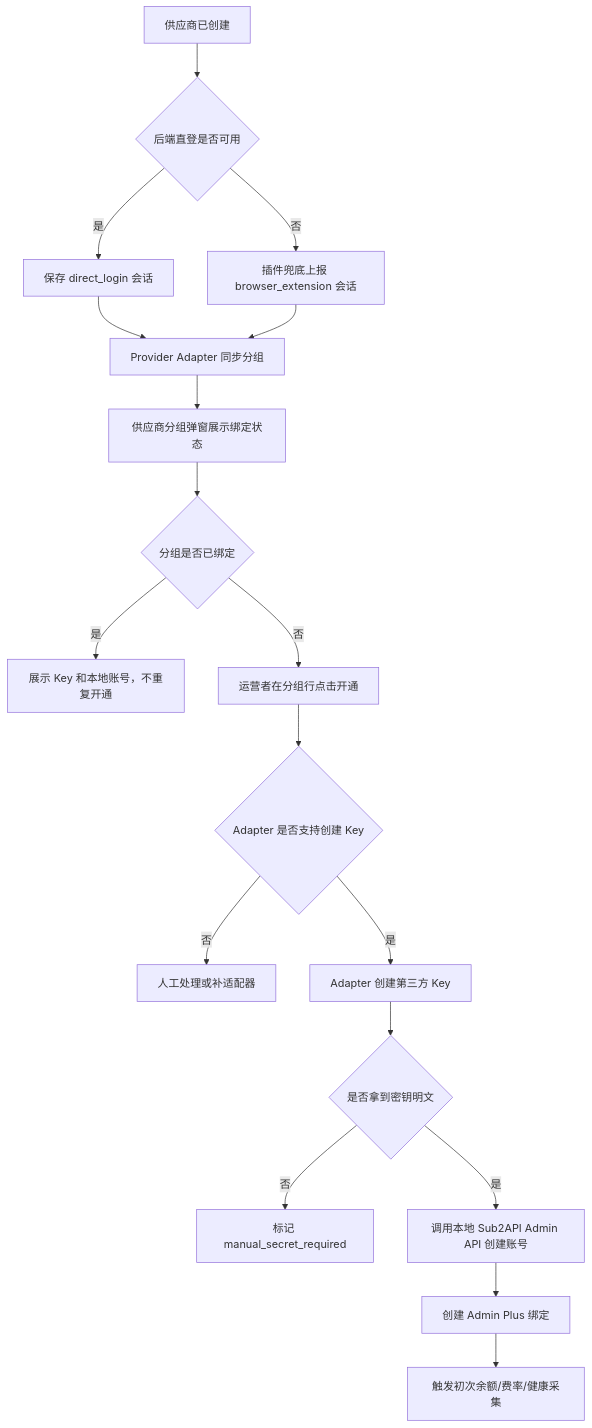
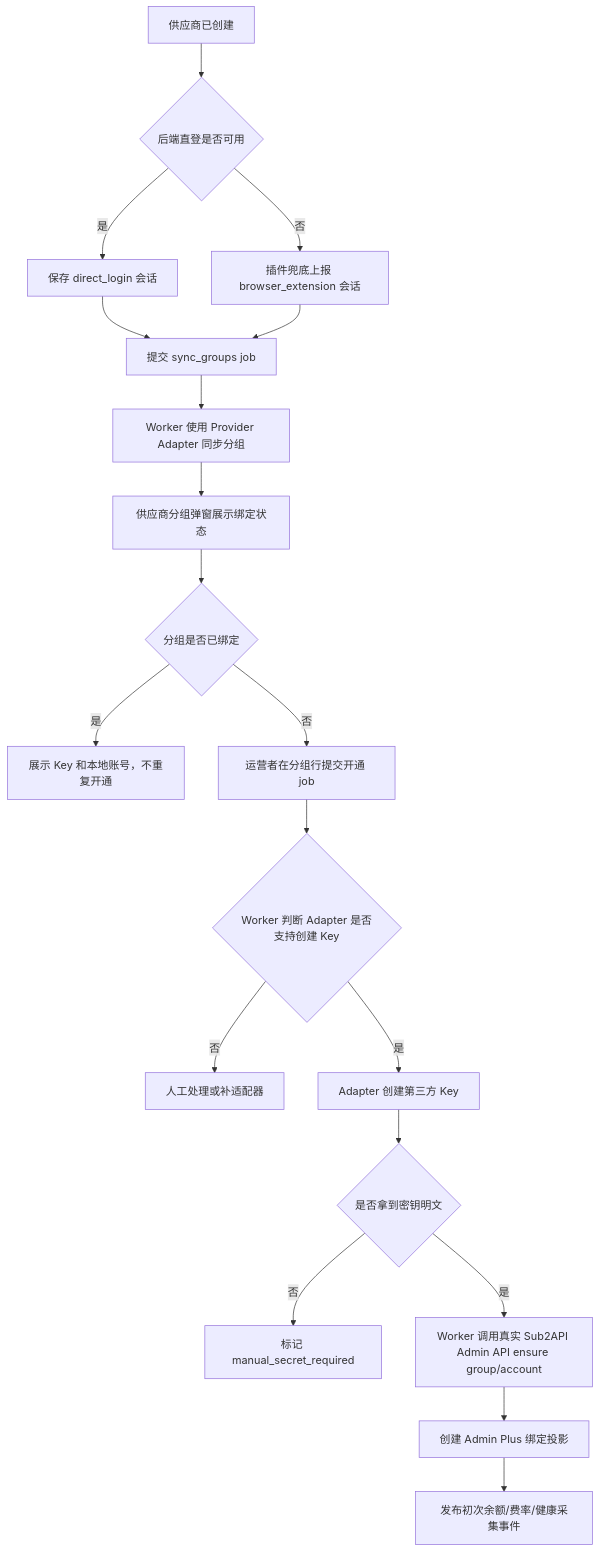
One commit to openrelayllm/superllm changed the second of 2 diagrams in docs/roadmap/restructure/README.md. Above: the diagram before and after it, drawn with Mermaid. The commit also changed other lines of this file and 147 other files, not shown here.

Commit message:
feat: release admin plus v0.8.0

````diff
--- a/docs/roadmap/restructure/README.md
+++ b/docs/roadmap/restructure/README.md
@@ -168,20 +169,21 @@
 ```mermaid
 flowchart TD
   A[供应商已创建] --> B{后端直登是否可用}
   B -- 是 --> B1[保存 direct_login 会话]
   B -- 否 --> B2[插件兜底上报 browser_extension 会话]
-  B1 --> C[Provider Adapter 同步分组]
+  B1 --> C[提交 sync_groups job]
   B2 --> C
-  C --> D[供应商分组弹窗展示绑定状态]
+  C --> C1[Worker 使用 Provider Adapter 同步分组]
+  C1 --> D[供应商分组弹窗展示绑定状态]
   D --> D1{分组是否已绑定}
   D1 -- 是 --> D2[展示 Key 和本地账号，不重复开通]
-  D1 -- 否 --> D3[运营者在分组行点击开通]
-  D3 --> E{Adapter 是否支持创建 Key}
+  D1 -- 否 --> D3[运营者在分组行提交开通 job]
+  D3 --> E{Worker 判断 Adapter 是否支持创建 Key}
   E -- 否 --> E1[人工处理或补适配器]
   E -- 是 --> F[Adapter 创建第三方 Key]
   F --> G{是否拿到密钥明文}
   G -- 否 --> G1[标记 manual_secret_required]
-  G -- 是 --> H[调用本地 Sub2API Admin API 创建账号]
-  H --> I[创建 Admin Plus 绑定]
-  I --> J[触发初次余额/费率/健康采集]
+  G -- 是 --> H[Worker 调用真实 Sub2API Admin API ensure group/account]
+  H --> I[创建 Admin Plus 绑定投影]
+  I --> J[发布初次余额/费率/健康采集事件]
 ```
````
